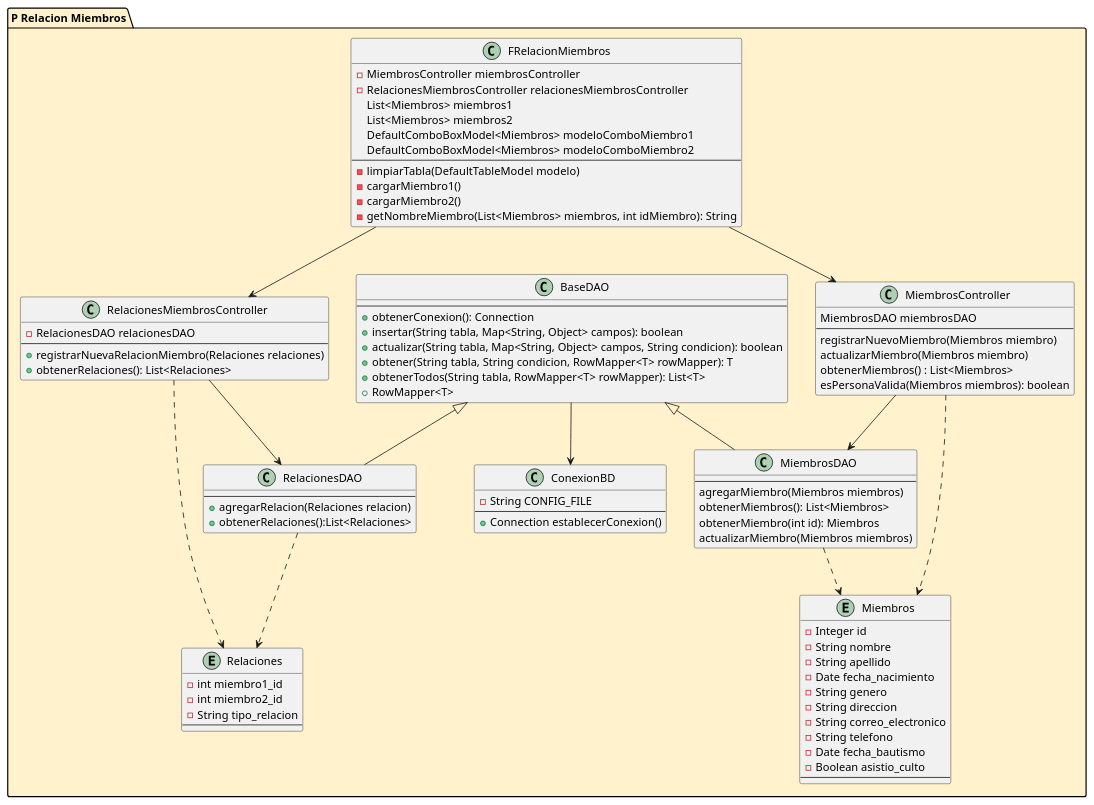
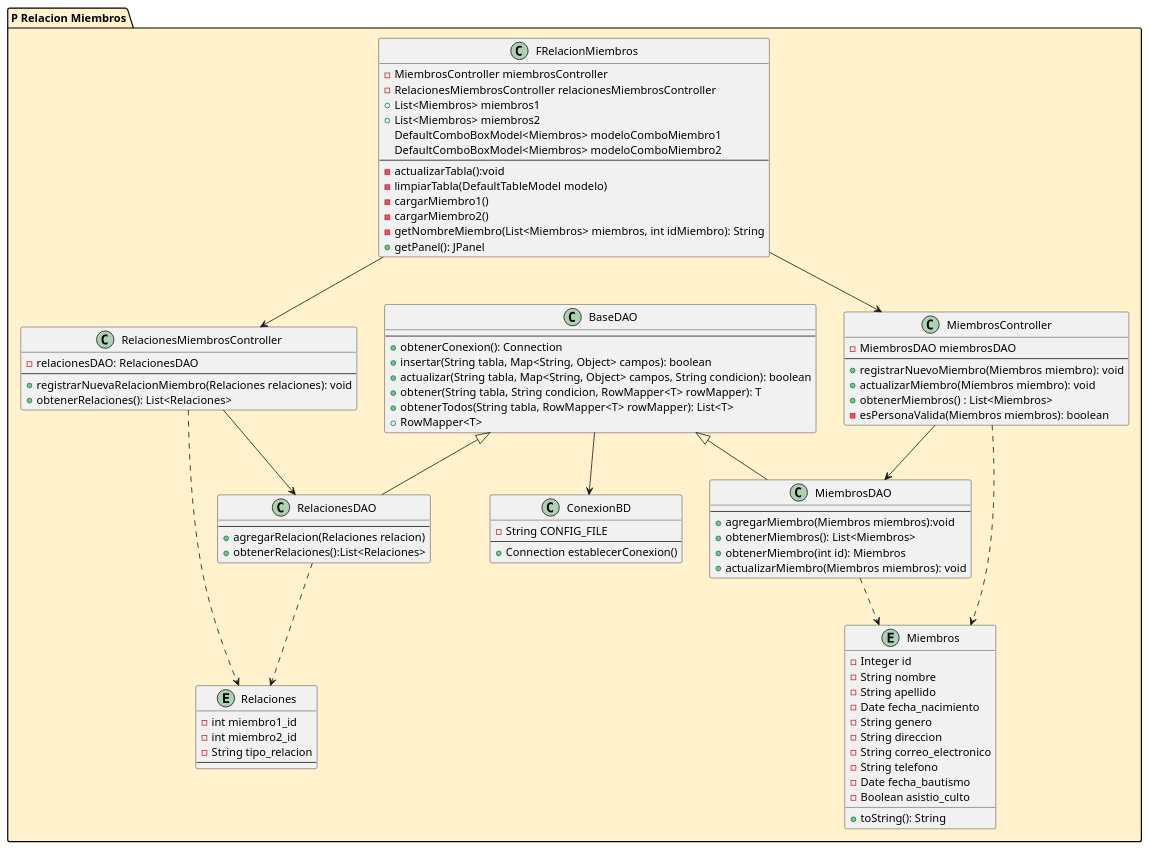
One commit to jeulate/proyig1 changed the diagram in src/utils/Mrelacionmiembros.puml. Above: the diagram before and after it, drawn with PlantUML. The commit also changed 28 other files, not shown here.

```diff
--- a/src/utils/Mrelacionmiembros.puml
+++ b/src/utils/Mrelacionmiembros.puml
@@ -1,93 +1,95 @@
 @startuml
 package "P Relacion Miembros" #FFF2CC {
   class "FRelacionMiembros" as frelacion {
   -MiembrosController miembrosController
   -RelacionesMiembrosController relacionesMiembrosController
-  List<Miembros> miembros1
-  List<Miembros> miembros2
+  +List<Miembros> miembros1
+  +List<Miembros> miembros2
   DefaultComboBoxModel<Miembros> modeloComboMiembro1
   DefaultComboBoxModel<Miembros> modeloComboMiembro2
   --
+  -actualizarTabla():void
   -limpiarTabla(DefaultTableModel modelo)
   -cargarMiembro1()
   -cargarMiembro2()
   - getNombreMiembro(List<Miembros> miembros, int idMiembro): String
+  + getPanel(): JPanel
   }
   class "MiembrosController" as ctrmiembro{
-  MiembrosDAO miembrosDAO
+  -MiembrosDAO miembrosDAO
   --
-  registrarNuevoMiembro(Miembros miembro)
-  actualizarMiembro(Miembros miembro)
-  obtenerMiembros() : List<Miembros>
-  esPersonaValida(Miembros miembros): boolean
+  +registrarNuevoMiembro(Miembros miembro): void
+    +actualizarMiembro(Miembros miembro): void
+    +obtenerMiembros() : List<Miembros>
+    -esPersonaValida(Miembros miembros): boolean
   }
 
   class "MiembrosDAO" as daomiembro{
   --
-  agregarMiembro(Miembros miembros)
-  obtenerMiembros(): List<Miembros>
-  obtenerMiembro(int id): Miembros
-  actualizarMiembro(Miembros miembros)
+  +agregarMiembro(Miembros miembros):void
+  +obtenerMiembros(): List<Miembros>
+  +obtenerMiembro(int id): Miembros
+  +actualizarMiembro(Miembros miembros): void
   }
 
   class "BaseDAO" as daobase {
   --
   +obtenerConexion(): Connection
   +insertar(String tabla, Map<String, Object> campos): boolean
   +actualizar(String tabla, Map<String, Object> campos, String condicion): boolean
   +obtener(String tabla, String condicion, RowMapper<T> rowMapper): T
   +obtenerTodos(String tabla, RowMapper<T> rowMapper): List<T>
   +RowMapper<T>
   }
   class "RelacionesMiembrosController" as ctrrelacion{
-  -RelacionesDAO relacionesDAO
+  -relacionesDAO: RelacionesDAO
   --
-  +registrarNuevaRelacionMiembro(Relaciones relaciones)
+  +registrarNuevaRelacionMiembro(Relaciones relaciones): void
   +obtenerRelaciones(): List<Relaciones>
   }
 
   class "RelacionesDAO" as daorelaciones{
   --
   +agregarRelacion(Relaciones relacion)
   +obtenerRelaciones():List<Relaciones>
   }
    class "ConexionBD" as bdconexion{
      -String CONFIG_FILE
      --
      +Connection establecerConexion()
     }
   entity "Relaciones" as erelacion{
       - int miembro1_id
       - int miembro2_id
       - String tipo_relacion
       --
   }
   entity "Miembros" as miembros{
       -Integer id
       -String nombre
       -String apellido
       -Date fecha_nacimiento
       -String genero
       -String direccion
       -String correo_electronico
       -String telefono
      -Date fecha_bautismo
       -Boolean asistio_culto
-      --
+      +toString(): String
   }
 
   frelacion --> ctrmiembro
   frelacion --> ctrrelacion
   ctrmiembro --> daomiembro
   ctrrelacion --> daorelaciones
   daobase <|-- daomiembro
   daobase <|-- daorelaciones
   ctrmiembro ..> miembros
   daomiembro ..> miembros
   daorelaciones ..> erelacion
   ctrrelacion ..> erelacion
   daobase --> bdconexion
 }
 
 
 @enduml
```
